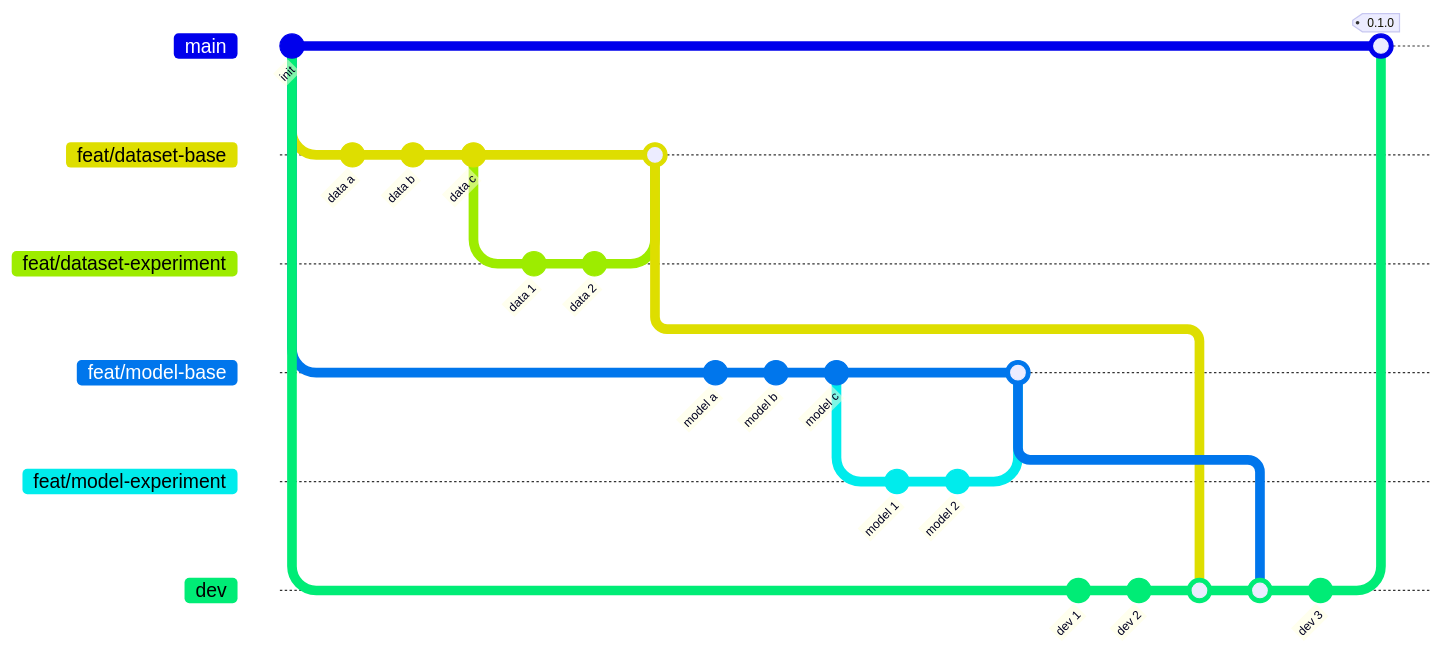
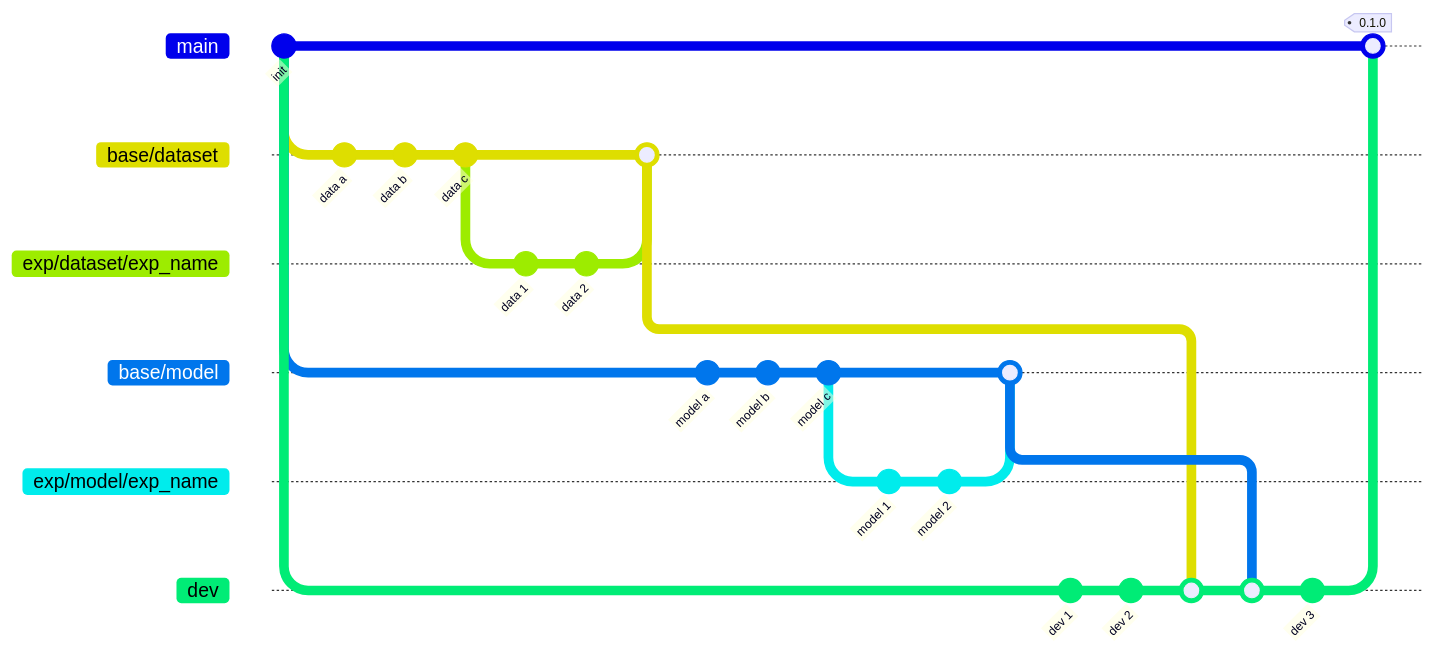
Before and after one commit to hydra-drones/DroneRescue: the diagram in README.md, drawn with Mermaid.

````diff
--- a/README.md
+++ b/README.md
@@ -33,51 +33,51 @@
 ```mermaid
 gitGraph
    commit id: "init"
 
-   branch feat/dataset-base
-   checkout feat/dataset-base
+   branch base/dataset
+   checkout base/dataset
    commit id: "data a"
    commit id: "data b"
    commit id: "data c"
 
-   branch feat/dataset-experiment
-   checkout feat/dataset-experiment
+   branch exp/dataset/exp_name
+   checkout exp/dataset/exp_name
    commit id: "data 1"
    commit id: "data 2"
-   checkout feat/dataset-base
-   merge feat/dataset-experiment
+   checkout base/dataset
+   merge exp/dataset/exp_name
 
    checkout main
 
-   branch feat/model-base
-   checkout feat/model-base
+   branch base/model
+   checkout base/model
    commit id: "model a"
    commit id: "model b"
    commit id: "model c"
 
-   branch feat/model-experiment
-   checkout feat/model-experiment
+   branch exp/model/exp_name
+   checkout exp/model/exp_name
    commit id: "model 1"
    commit id: "model 2"
-   checkout feat/model-base
-   merge feat/model-experiment
+   checkout base/model
+   merge exp/model/exp_name
 
    checkout main
 
    branch dev
    checkout dev
    commit id: "dev 1"
    commit id: "dev 2"
 
-   checkout feat/dataset-base
+   checkout base/dataset
    checkout dev
-   merge feat/dataset-base
+   merge base/dataset
 
-   checkout feat/model-base
+   checkout base/model
    checkout dev
-   merge feat/model-base
+   merge base/model
    commit id: "dev 3"
 
    checkout main
    merge dev tag: "0.1.0"
 ```
````
